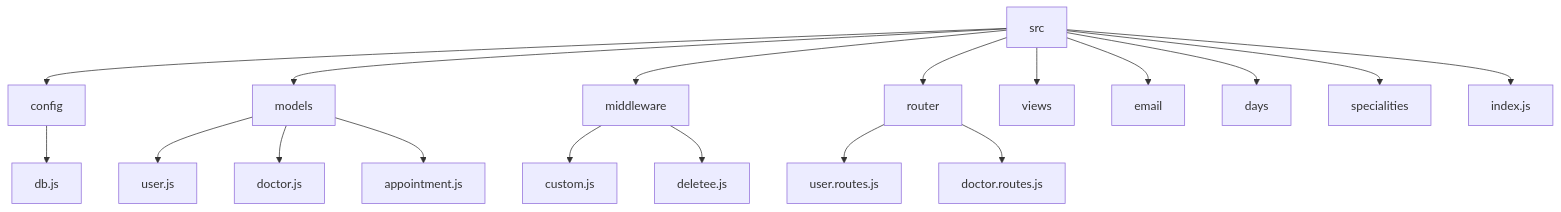
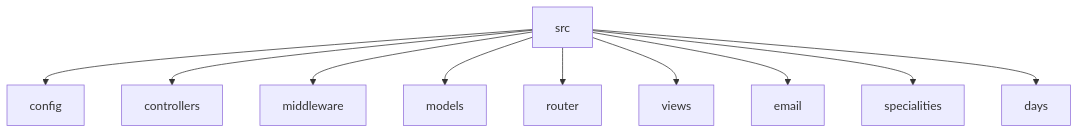
Before and after one commit to amitdey43/Doctor-Finder: the diagram in README.md, drawn with Mermaid. The commit also changed other lines of this file, not shown here.

````diff
--- a/README.md
+++ b/README.md
@@ -23,20 +26,12 @@
 ```mermaid
 graph TD;
     src-->config;
+    src-->controllers;
+    src-->middleware;
     src-->models;
-    src-->middleware;
     src-->router;
     src-->views;
     src-->email;
+    src-->specialities;
     src-->days;
-    src-->specialities;
-    src-->index.js;
-    config-->db.js;
-    models-->user.js;
-    models-->doctor.js;
-    models-->appointment.js;
-    middleware-->custom.js;
-    middleware-->deletee.js;
-    router-->user.routes.js;
-    router-->doctor.routes.js;
 ```
````
